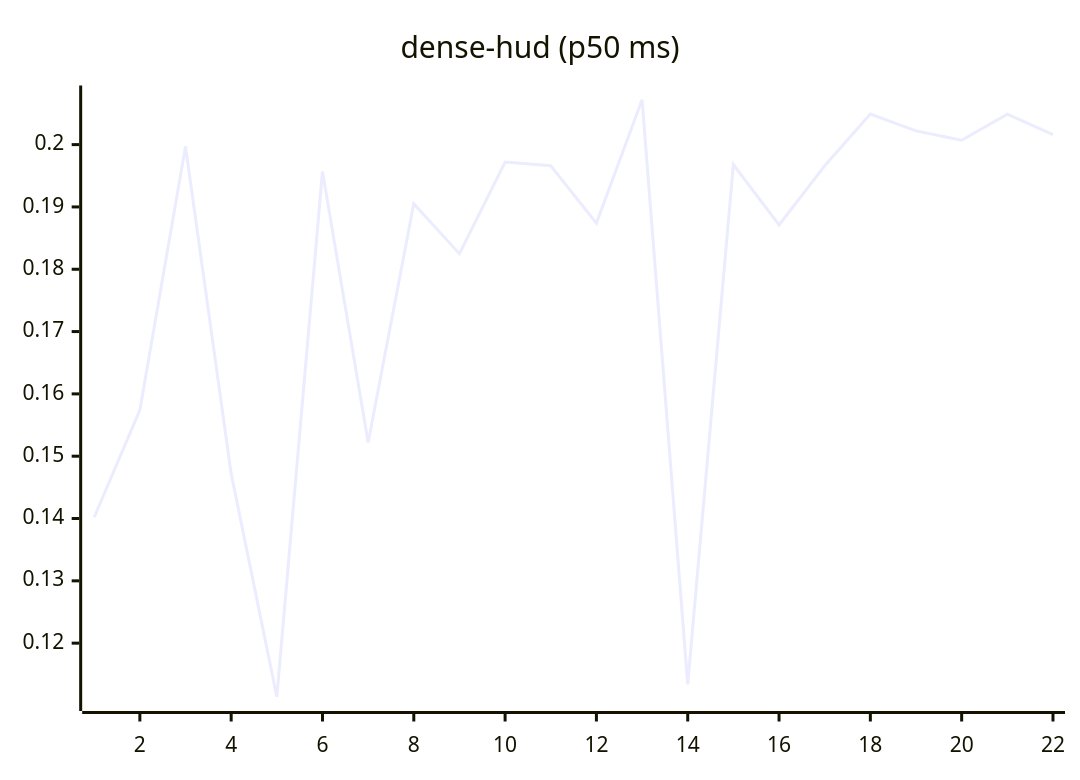
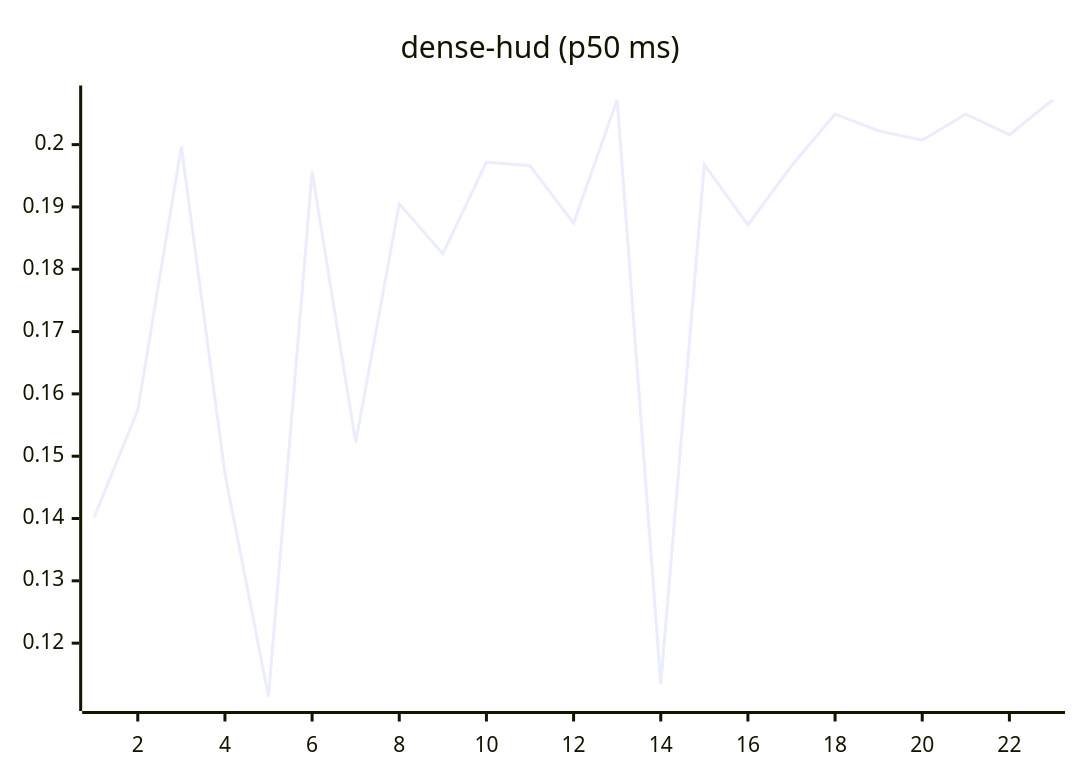
One commit to josha/Facet changed the eighth of 27 diagrams in README.md. Above: the diagram before and after it, drawn with Mermaid. The commit also changed other lines of this file and 2 other files, not shown here.

````diff
--- a/README.md
+++ b/README.md
@@ -112,6 +112,6 @@
 ```mermaid
 xychart-beta
     title "dense-hud (p50 ms)"
-    x-axis 1 --> 22
-    line [0.1402, 0.1574, 0.1997, 0.1472, 0.1114, 0.1957, 0.1522, 0.1905, 0.1825, 0.1972, 0.1966, 0.1874, 0.2072, 0.1134, 0.1968, 0.1871, 0.1966, 0.2049, 0.2022, 0.2007, 0.2049, 0.2016]
+    x-axis 1 --> 23
+    line [0.1402, 0.1574, 0.1997, 0.1472, 0.1114, 0.1957, 0.1522, 0.1905, 0.1825, 0.1972, 0.1966, 0.1874, 0.2072, 0.1134, 0.1968, 0.1871, 0.1966, 0.2049, 0.2022, 0.2007, 0.2049, 0.2016, 0.2072]
 ```
````
